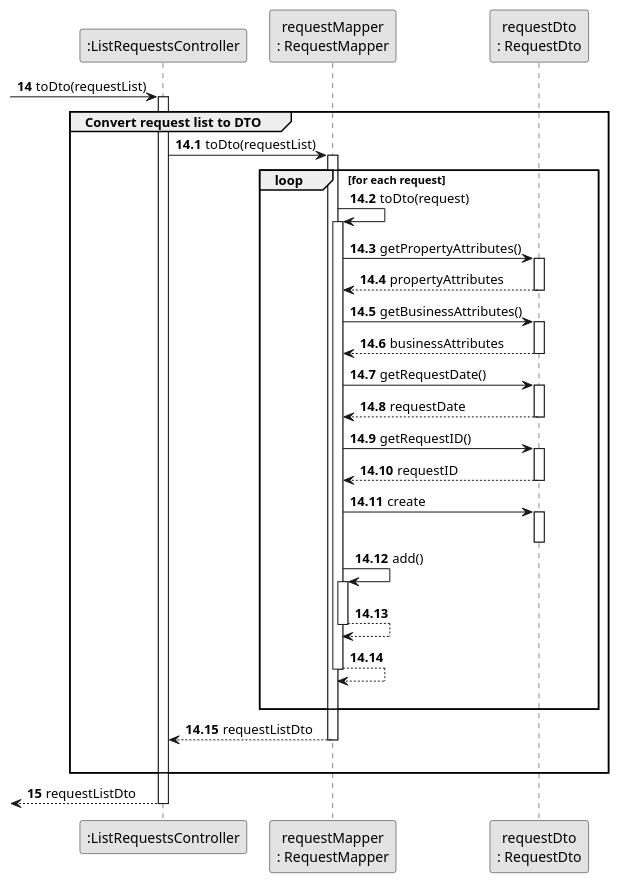
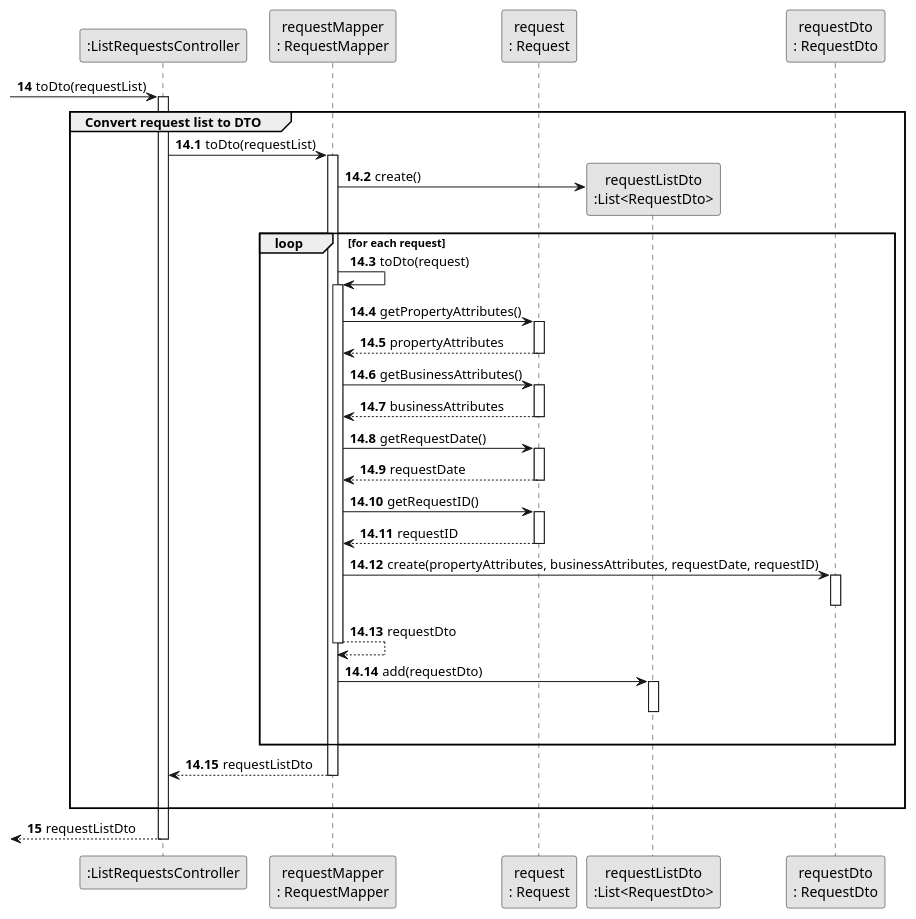
The diagram in docs/sprintC/us008/03.design/puml/us008-sequence-diagram-partial-convert-request-list-to-DTO.puml (rita-barbosa/LAPR2-2223), drawn with PlantUML before and after one commit. The commit also changed 1 other file, not shown here.

```diff
--- a/docs/sprintC/us008/03.design/puml/us008-sequence-diagram-partial-convert-request-list-to-DTO.puml
+++ b/docs/sprintC/us008/03.design/puml/us008-sequence-diagram-partial-convert-request-list-to-DTO.puml
@@ -1,74 +1,76 @@
 @startuml
 skinparam monochrome true
 skinparam packageStyle rectangle
 skinparam shadowing false
 
 
 participant ":ListRequestsController" as CTRL
 participant "requestMapper\n: RequestMapper" as ReqMapper
+participant "request\n: Request" as REQUEST
+participant "requestListDto\n:List<RequestDto>" as REQLISTDTO
 participant "requestDto\n: RequestDto" as ReqDto
 
 autonumber 14
     -> CTRL: toDto(requestList)
     activate CTRL
 
 group Convert request list to DTO
 
 autonumber 14.1
     CTRL -> ReqMapper : toDto(requestList)
     activate ReqMapper
 
+    ReqMapper -> REQLISTDTO** : create()
+
     loop for each request
     ReqMapper -> ReqMapper : toDto(request)
     activate ReqMapper
 
-    ReqMapper -> ReqDto : getPropertyAttributes()
-    activate ReqDto
+    ReqMapper -> REQUEST : getPropertyAttributes()
+    activate REQUEST
 
-    ReqDto --> ReqMapper : propertyAttributes
-    deactivate ReqDto
+    REQUEST --> ReqMapper : propertyAttributes
+    deactivate REQUEST
 
-    ReqMapper -> ReqDto : getBusinessAttributes()
-    activate ReqDto
+    ReqMapper -> REQUEST : getBusinessAttributes()
+    activate REQUEST
 
-    ReqDto --> ReqMapper : businessAttributes
-    deactivate ReqDto
+    REQUEST --> ReqMapper : businessAttributes
+    deactivate REQUEST
 
-    ReqMapper -> ReqDto : getRequestDate()
-        activate ReqDto
+    ReqMapper -> REQUEST : getRequestDate()
+    activate REQUEST
 
-        ReqDto --> ReqMapper : requestDate
-        deactivate ReqDto
+    REQUEST --> ReqMapper : requestDate
+    deactivate REQUEST
 
-    ReqMapper -> ReqDto : getRequestID()
-    activate ReqDto
+    ReqMapper -> REQUEST : getRequestID()
+    activate REQUEST
 
-    ReqDto --> ReqMapper : requestID
-    deactivate ReqDto
+    REQUEST --> ReqMapper : requestID
+    deactivate REQUEST
 
-    ReqMapper -> ReqDto : create
+    ReqMapper -> ReqDto : create(propertyAttributes, businessAttributes, requestDate, requestID)
     activate ReqDto
     deactivate ReqDto
 
-    ReqMapper -> ReqMapper : add()
-    activate ReqMapper
-
-    ReqMapper --> ReqMapper :
+    ReqMapper --> ReqMapper : requestDto
     deactivate ReqMapper
 
-    ReqMapper --> ReqMapper :
-    deactivate ReqMapper
+    ReqMapper -> REQLISTDTO : add(requestDto)
+    activate REQLISTDTO
+    deactivate REQLISTDTO
     |||
     end
 
     ReqMapper --> CTRL : requestListDto
     deactivate ReqMapper
     |||
 
 end group
 autonumber 15
      <-- CTRL: requestListDto
      deactivate CTRL
 
 
 @enduml
```
